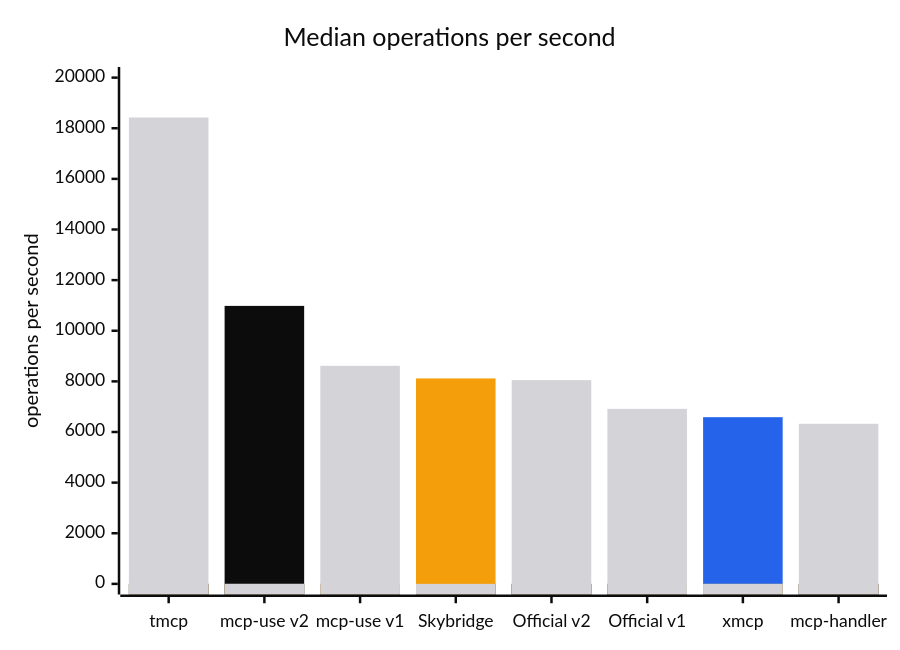
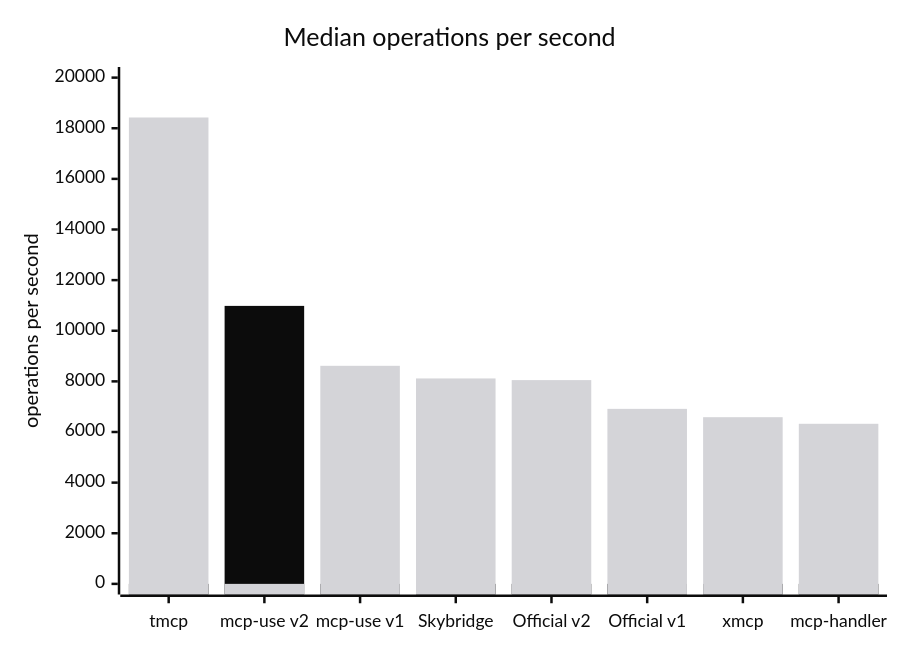
The first of 4 diagrams in benchmark.md (mcp-use/mcp-use), drawn with Mermaid before and after one commit. The commit also changed other lines of this file and 1 other file, not shown here.

````diff
--- a/benchmark.md
+++ b/benchmark.md
@@ -25,26 +23,24 @@
 ```mermaid
 ---
 config:
   themeVariables:
     xyChart:
       backgroundColor: "#ffffff"
       titleColor: "#0c0c0c"
       xAxisLabelColor: "#0c0c0c"
       xAxisTitleColor: "#0c0c0c"
       xAxisTickColor: "#0c0c0c"
       xAxisLineColor: "#0c0c0c"
       yAxisLabelColor: "#0c0c0c"
       yAxisTitleColor: "#0c0c0c"
       yAxisTickColor: "#0c0c0c"
       yAxisLineColor: "#0c0c0c"
-      plotColorPalette: "#0c0c0c, #2563eb, #f59e0b, #d4d4d8"
+      plotColorPalette: "#0c0c0c, #d4d4d8"
 ---
 xychart
   title "Median operations per second"
   x-axis ["tmcp", "mcp-use v2", "mcp-use v1", "Skybridge", "Official v2", "Official v1", "xmcp", "mcp-handler"]
   y-axis "operations per second" 0 --> 20000
   bar [0, 10982, 0, 0, 0, 0, 0, 0]
-  bar [0, 0, 0, 0, 0, 0, 6585, 0]
-  bar [0, 0, 0, 8116, 0, 0, 0, 0]
-  bar [18425, 0, 8615, 0, 8050, 6914, 0, 6324]
+  bar [18425, 0, 8615, 8116, 8050, 6914, 6585, 6324]
 ```
````
